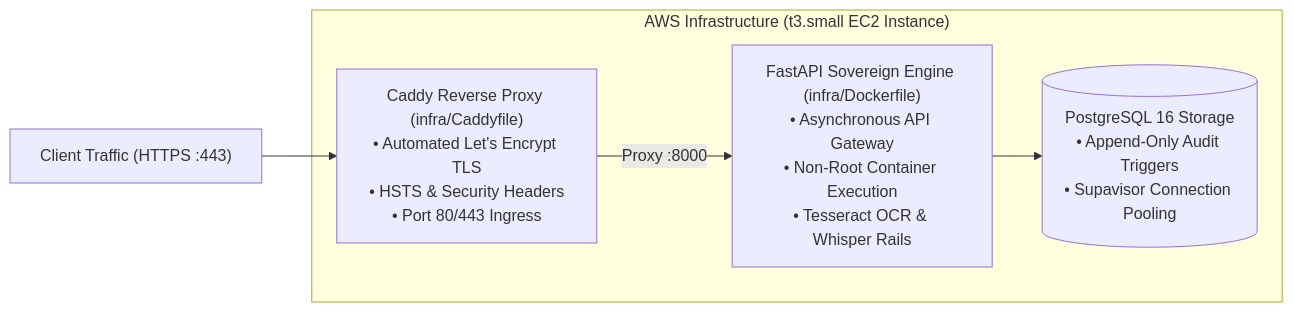
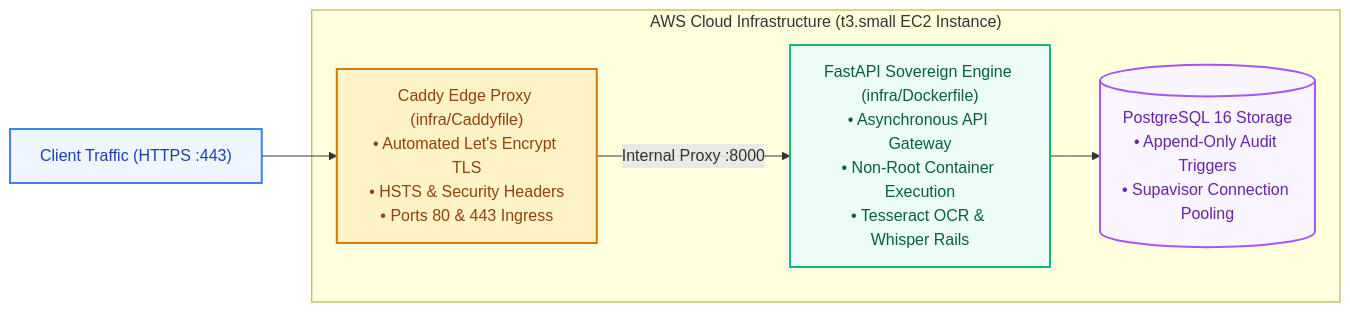
Before and after one commit to Gulab1275/lastmile-ai-rails: the third of 3 diagrams in README.md, drawn with Mermaid. The commit also changed other lines of this file and 1 other file, not shown here.

Commit message:
docs: add MIT LICENSE and enhance README with vibrant distinctive architecture charts

````diff
--- a/README.md
+++ b/README.md
@@ -183,12 +210,17 @@
 ```mermaid
 flowchart LR
-    Client["Client Traffic (HTTPS :443)"] --> Caddy["Caddy Reverse Proxy (infra/Caddyfile)<br/>• Automated Let's Encrypt TLS<br/>• HSTS & Security Headers<br/>• Port 80/443 Ingress"]
-    Caddy -->|"Proxy :8000"| FastAPI["FastAPI Sovereign Engine (infra/Dockerfile)<br/>• Asynchronous API Gateway<br/>• Non-Root Container Execution<br/>• Tesseract OCR & Whisper Rails"]
-    FastAPI --> DB[("PostgreSQL 16 Storage<br/>• Append-Only Audit Triggers<br/>• Supavisor Connection Pooling")]
+    classDef client fill:#EFF6FF,stroke:#3B82F6,stroke-width:2px,color:#1E40AF;
+    classDef proxy fill:#FEF3C7,stroke:#D97706,stroke-width:2px,color:#92400E;
+    classDef engine fill:#ECFDF5,stroke:#10B981,stroke-width:2px,color:#065F46;
+    classDef storage fill:#FAF5FF,stroke:#A855F7,stroke-width:2px,color:#6B21A8;
 
-    subgraph AWSCloud ["AWS Infrastructure (t3.small EC2 Instance)"]
+    Client["Client Traffic (HTTPS :443)"]:::client --> Caddy["Caddy Edge Proxy (infra/Caddyfile)<br/>• Automated Let's Encrypt TLS<br/>• HSTS & Security Headers<br/>• Ports 80 & 443 Ingress"]:::proxy
+    Caddy -->|"Internal Proxy :8000"| FastAPI["FastAPI Sovereign Engine (infra/Dockerfile)<br/>• Asynchronous API Gateway<br/>• Non-Root Container Execution<br/>• Tesseract OCR & Whisper Rails"]:::engine
+    FastAPI --> DB[("PostgreSQL 16 Storage<br/>• Append-Only Audit Triggers<br/>• Supavisor Connection Pooling")]:::storage
+
+    subgraph AWSCloud ["AWS Cloud Infrastructure (t3.small EC2 Instance)"]
         Caddy
         FastAPI
         DB
     end
 ```
````
